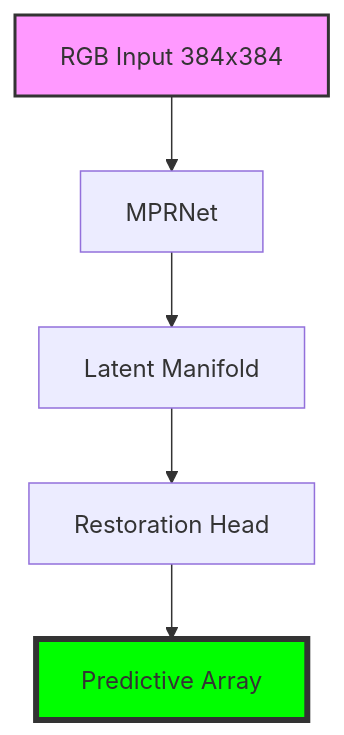
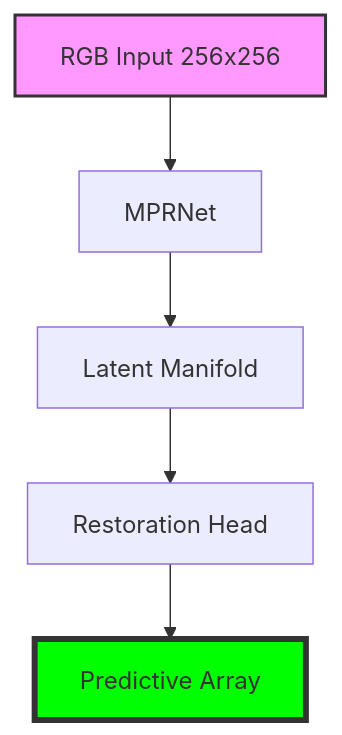
The diagram in mprnet_deraining/README.md (lemgenda/lemgendary-pretrained-models), drawn with Mermaid before and after one commit. The commit also changed other lines of this file and 22 other files, not shown here.

````diff
--- a/mprnet_deraining/README.md
+++ b/mprnet_deraining/README.md
@@ -17,10 +16,10 @@
 ```mermaid
 graph TD
-    Input[RGB Input 384x384] --> Backbone[MPRNet]
+    Input[RGB Input 256x256] --> Backbone[MPRNet]
     Backbone --> Manifold[Latent Manifold]
     Manifold --> Head[Restoration Head]
     Head --> Output[Predictive Array]
     
     style Input fill:#f9f,stroke:#333,stroke-width:2px
     style Output fill:#00ff00,stroke:#333,stroke-width:4px
 ```
````
